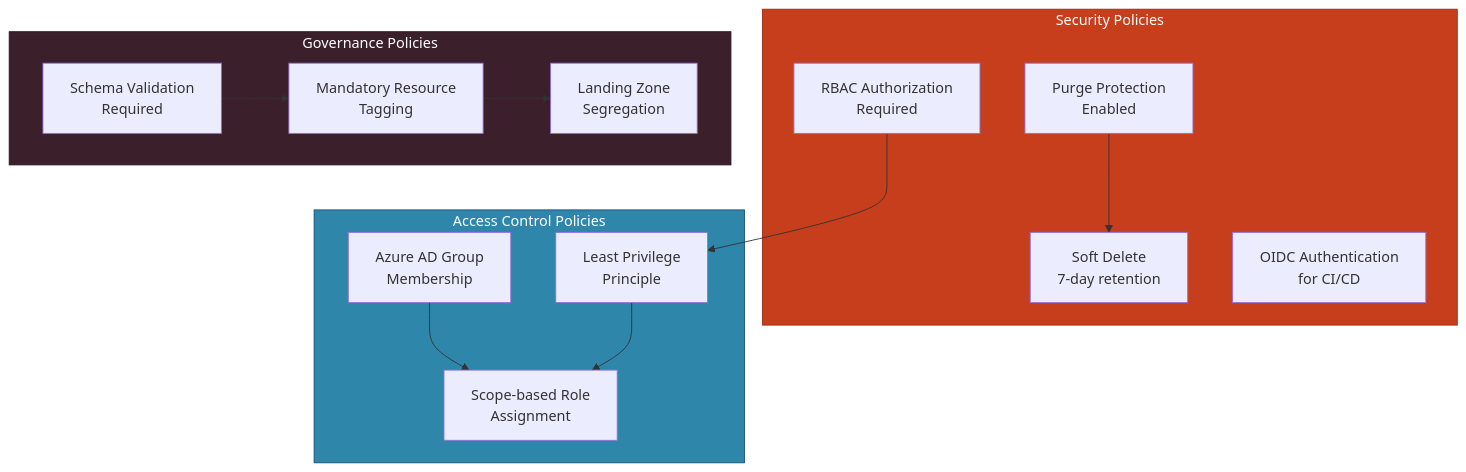
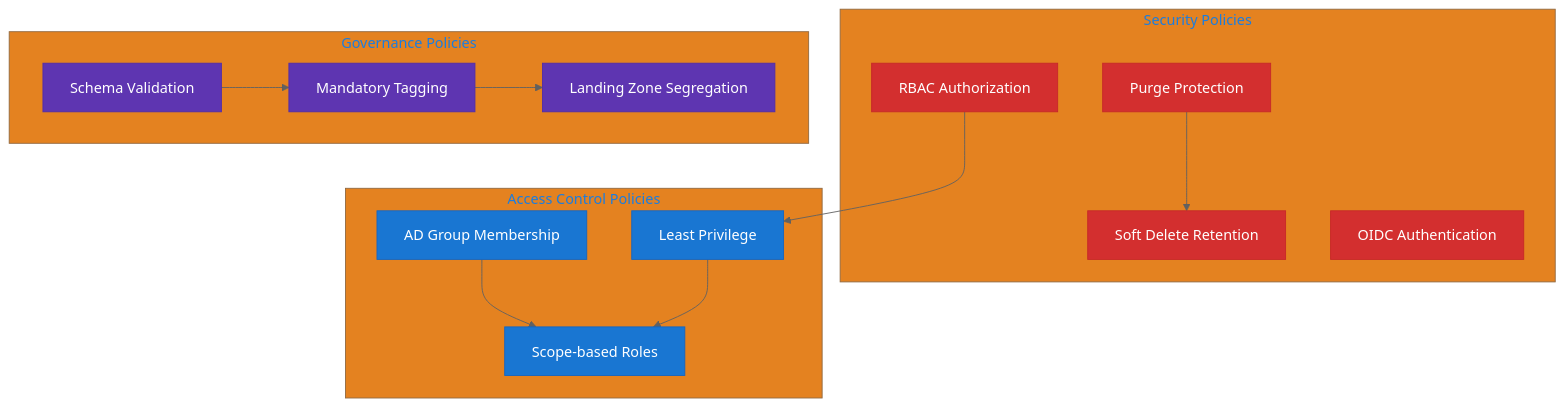
The sixth of 6 diagrams in docs/architecture/business.md (Evilazaro/DevExp-DevBox), drawn with Mermaid before and after one commit. The commit also changed other lines of this file, not shown here.

Commit message:
docs: enhance Business Architecture document with improved Mermaid diagrams and styling for clarity

````diff
--- a/docs/architecture/business.md
+++ b/docs/architecture/business.md
@@ -377,31 +407,37 @@
 ```mermaid
+%%{init: {'theme': 'base', 'themeVariables': { 'primaryColor': '#1976D2', 'lineColor': '#616161'}}}%%
 flowchart TB
     subgraph SecurityPolicies["Security Policies"]
-        style SecurityPolicies fill:#C73E1D,stroke:#9a3017,color:#fff
-        SP1["RBAC Authorization<br/>Required"]
-        SP2["Purge Protection<br/>Enabled"]
-        SP3["Soft Delete<br/>7-day retention"]
-        SP4["OIDC Authentication<br/>for CI/CD"]
+        SP1["RBAC Authorization"]
+        SP2["Purge Protection"]
+        SP3["Soft Delete Retention"]
+        SP4["OIDC Authentication"]
     end
 
     subgraph GovernancePolicies["Governance Policies"]
-        style GovernancePolicies fill:#3B1F2B,stroke:#2a1620,color:#fff
-        GP1["Mandatory Resource<br/>Tagging"]
-        GP2["Schema Validation<br/>Required"]
-        GP3["Landing Zone<br/>Segregation"]
+        GP1["Mandatory Tagging"]
+        GP2["Schema Validation"]
+        GP3["Landing Zone Segregation"]
     end
 
     subgraph AccessPolicies["Access Control Policies"]
-        style AccessPolicies fill:#2E86AB,stroke:#1a5276,color:#fff
-        AP1["Least Privilege<br/>Principle"]
-        AP2["Azure AD Group<br/>Membership"]
-        AP3["Scope-based Role<br/>Assignment"]
+        AP1["Least Privilege"]
+        AP2["AD Group Membership"]
+        AP3["Scope-based Roles"]
     end
 
     SP1 --> AP1
     SP2 --> SP3
     GP1 --> GP3
     GP2 --> GP1
     AP2 --> AP3
     AP1 --> AP3
+
+    classDef securityStyle fill:#D32F2F,stroke:#C62828,color:#FFFFFF
+    classDef governStyle fill:#5E35B1,stroke:#512DA8,color:#FFFFFF
+    classDef accessStyle fill:#1976D2,stroke:#1565C0,color:#FFFFFF
+
+    class SP1,SP2,SP3,SP4 securityStyle
+    class GP1,GP2,GP3 governStyle
+    class AP1,AP2,AP3 accessStyle
 ```
````
